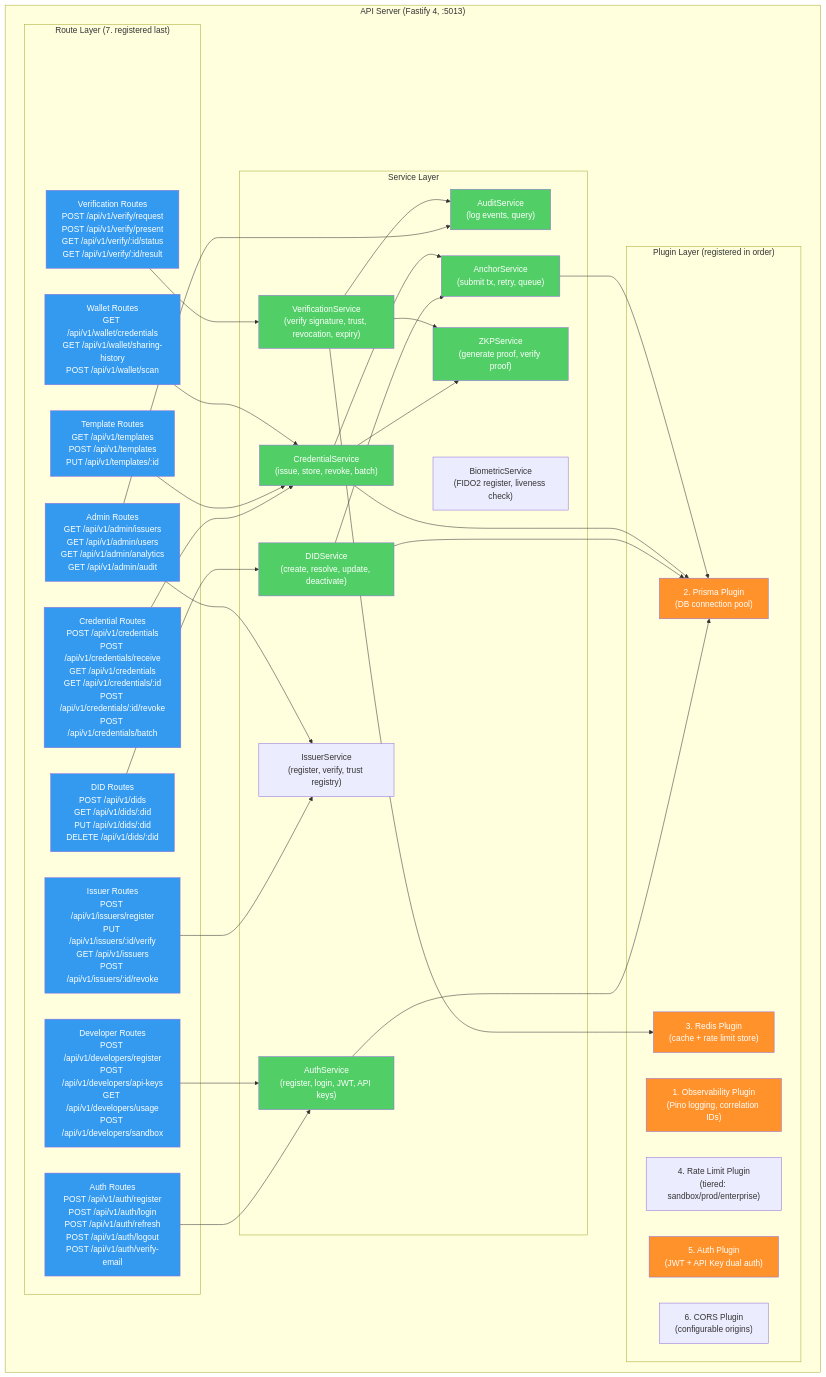
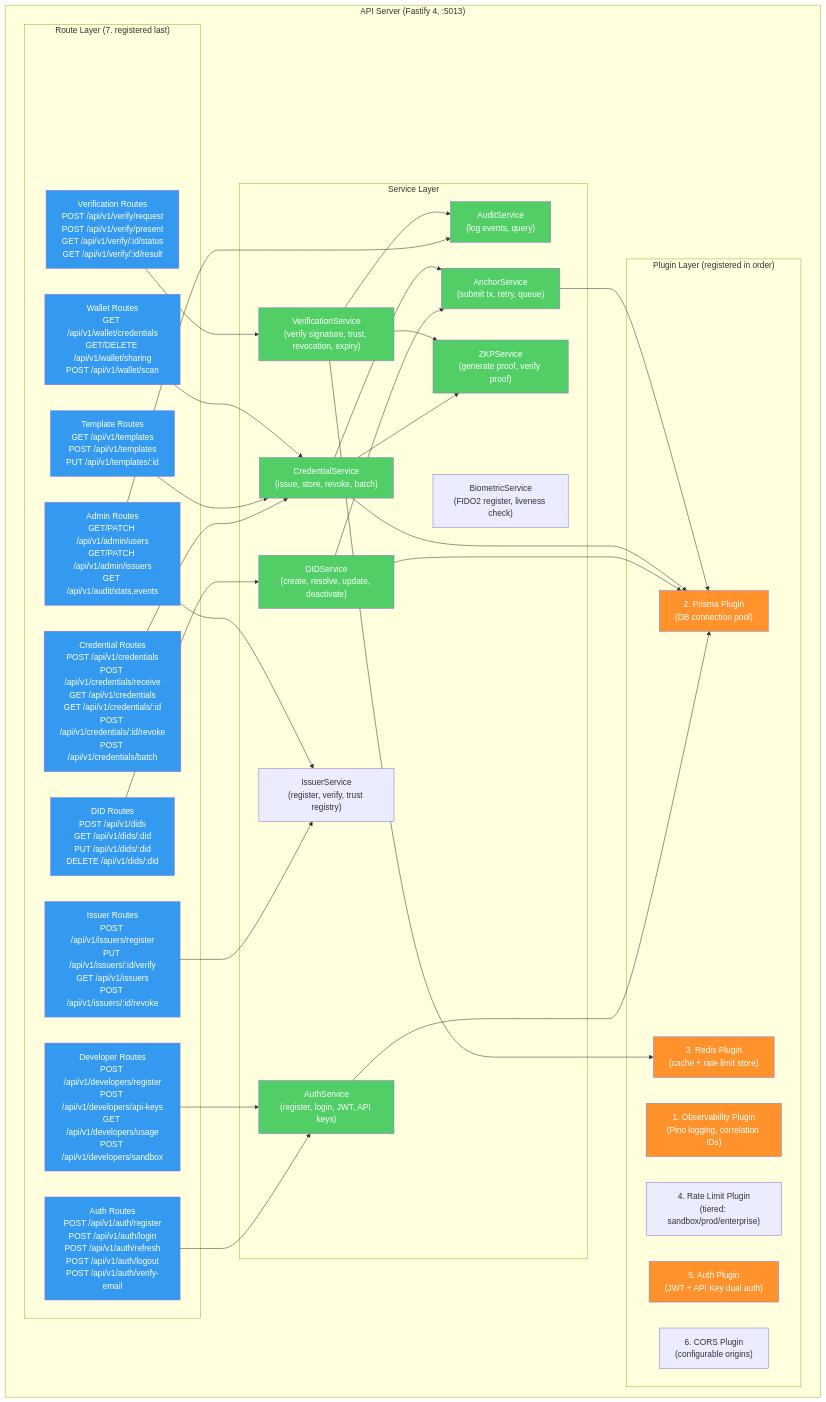
The fourth of 18 diagrams in products/humanid/docs/architecture.md (Tamoura/KarimSW), drawn with Mermaid before and after one commit. The commit also changed other lines of this file and 15 other files, not shown here.

````diff
--- a/products/humanid/docs/architecture.md
+++ b/products/humanid/docs/architecture.md
@@ -201,78 +201,78 @@
 ```mermaid
 graph TD
     subgraph "API Server (Fastify 4, :5013)"
         subgraph "Plugin Layer (registered in order)"
             OBS_P["1. Observability Plugin<br/>(Pino logging, correlation IDs)"]
             PRISMA_P["2. Prisma Plugin<br/>(DB connection pool)"]
             REDIS_P["3. Redis Plugin<br/>(cache + rate limit store)"]
             RATE_P["4. Rate Limit Plugin<br/>(tiered: sandbox/prod/enterprise)"]
             AUTH_P["5. Auth Plugin<br/>(JWT + API Key dual auth)"]
             CORS_P["6. CORS Plugin<br/>(configurable origins)"]
         end
 
         subgraph "Route Layer (7. registered last)"
             AUTH_R["Auth Routes<br/>POST /api/v1/auth/register<br/>POST /api/v1/auth/login<br/>POST /api/v1/auth/refresh<br/>POST /api/v1/auth/logout<br/>POST /api/v1/auth/verify-email"]
             DID_R["DID Routes<br/>POST /api/v1/dids<br/>GET /api/v1/dids/:did<br/>PUT /api/v1/dids/:did<br/>DELETE /api/v1/dids/:did"]
             VC_R["Credential Routes<br/>POST /api/v1/credentials<br/>POST /api/v1/credentials/receive<br/>GET /api/v1/credentials<br/>GET /api/v1/credentials/:id<br/>POST /api/v1/credentials/:id/revoke<br/>POST /api/v1/credentials/batch"]
             VERIFY_R["Verification Routes<br/>POST /api/v1/verify/request<br/>POST /api/v1/verify/present<br/>GET /api/v1/verify/:id/status<br/>GET /api/v1/verify/:id/result"]
             ISSUER_R["Issuer Routes<br/>POST /api/v1/issuers/register<br/>PUT /api/v1/issuers/:id/verify<br/>GET /api/v1/issuers<br/>POST /api/v1/issuers/:id/revoke"]
             DEV_R["Developer Routes<br/>POST /api/v1/developers/register<br/>POST /api/v1/developers/api-keys<br/>GET /api/v1/developers/usage<br/>POST /api/v1/developers/sandbox"]
-            ADMIN_R["Admin Routes<br/>GET /api/v1/admin/issuers<br/>GET /api/v1/admin/users<br/>GET /api/v1/admin/analytics<br/>GET /api/v1/admin/audit"]
+            ADMIN_R["Admin Routes<br/>GET/PATCH /api/v1/admin/users<br/>GET/PATCH /api/v1/admin/issuers<br/>GET /api/v1/audit/stats,events"]
             TMPL_R["Template Routes<br/>GET /api/v1/templates<br/>POST /api/v1/templates<br/>PUT /api/v1/templates/:id"]
-            WALLET_R["Wallet Routes<br/>GET /api/v1/wallet/credentials<br/>GET /api/v1/wallet/sharing-history<br/>POST /api/v1/wallet/scan"]
+            WALLET_R["Wallet Routes<br/>GET /api/v1/wallet/credentials<br/>GET/DELETE /api/v1/wallet/sharing<br/>POST /api/v1/wallet/scan"]
         end
 
         subgraph "Service Layer"
             AUTH_S["AuthService<br/>(register, login, JWT, API keys)"]
             DID_S["DIDService<br/>(create, resolve, update, deactivate)"]
             VC_S["CredentialService<br/>(issue, store, revoke, batch)"]
             VERIFY_S["VerificationService<br/>(verify signature, trust, revocation, expiry)"]
             ISSUER_S["IssuerService<br/>(register, verify, trust registry)"]
             ZKP_S["ZKPService<br/>(generate proof, verify proof)"]
             BIO_S["BiometricService<br/>(FIDO2 register, liveness check)"]
             ANCHOR_S["AnchorService<br/>(submit tx, retry, queue)"]
             AUDIT_S["AuditService<br/>(log events, query)"]
         end
     end
 
     AUTH_R --> AUTH_S
     DID_R --> DID_S
     VC_R --> VC_S
     VERIFY_R --> VERIFY_S
     ISSUER_R --> ISSUER_S
     DEV_R --> AUTH_S
     ADMIN_R --> ISSUER_S & AUDIT_S
     TMPL_R --> VC_S
     WALLET_R --> VC_S
 
     DID_S --> ANCHOR_S
     VC_S --> ZKP_S & ANCHOR_S
     VERIFY_S --> ZKP_S & AUDIT_S
 
     AUTH_S --> PRISMA_P
     DID_S --> PRISMA_P
     VC_S --> PRISMA_P
     VERIFY_S --> REDIS_P
     ANCHOR_S --> PRISMA_P
 
     style AUTH_R fill:#339af0,color:#fff
     style DID_R fill:#339af0,color:#fff
     style VC_R fill:#339af0,color:#fff
     style VERIFY_R fill:#339af0,color:#fff
     style ISSUER_R fill:#339af0,color:#fff
     style DEV_R fill:#339af0,color:#fff
     style ADMIN_R fill:#339af0,color:#fff
     style TMPL_R fill:#339af0,color:#fff
     style WALLET_R fill:#339af0,color:#fff
     style AUTH_S fill:#51cf66,color:#fff
     style DID_S fill:#51cf66,color:#fff
     style VC_S fill:#51cf66,color:#fff
     style VERIFY_S fill:#51cf66,color:#fff
     style ZKP_S fill:#51cf66,color:#fff
     style ANCHOR_S fill:#51cf66,color:#fff
     style AUDIT_S fill:#51cf66,color:#fff
     style OBS_P fill:#ff922b,color:#fff
     style PRISMA_P fill:#ff922b,color:#fff
     style REDIS_P fill:#ff922b,color:#fff
     style AUTH_P fill:#ff922b,color:#fff
 ```
````
